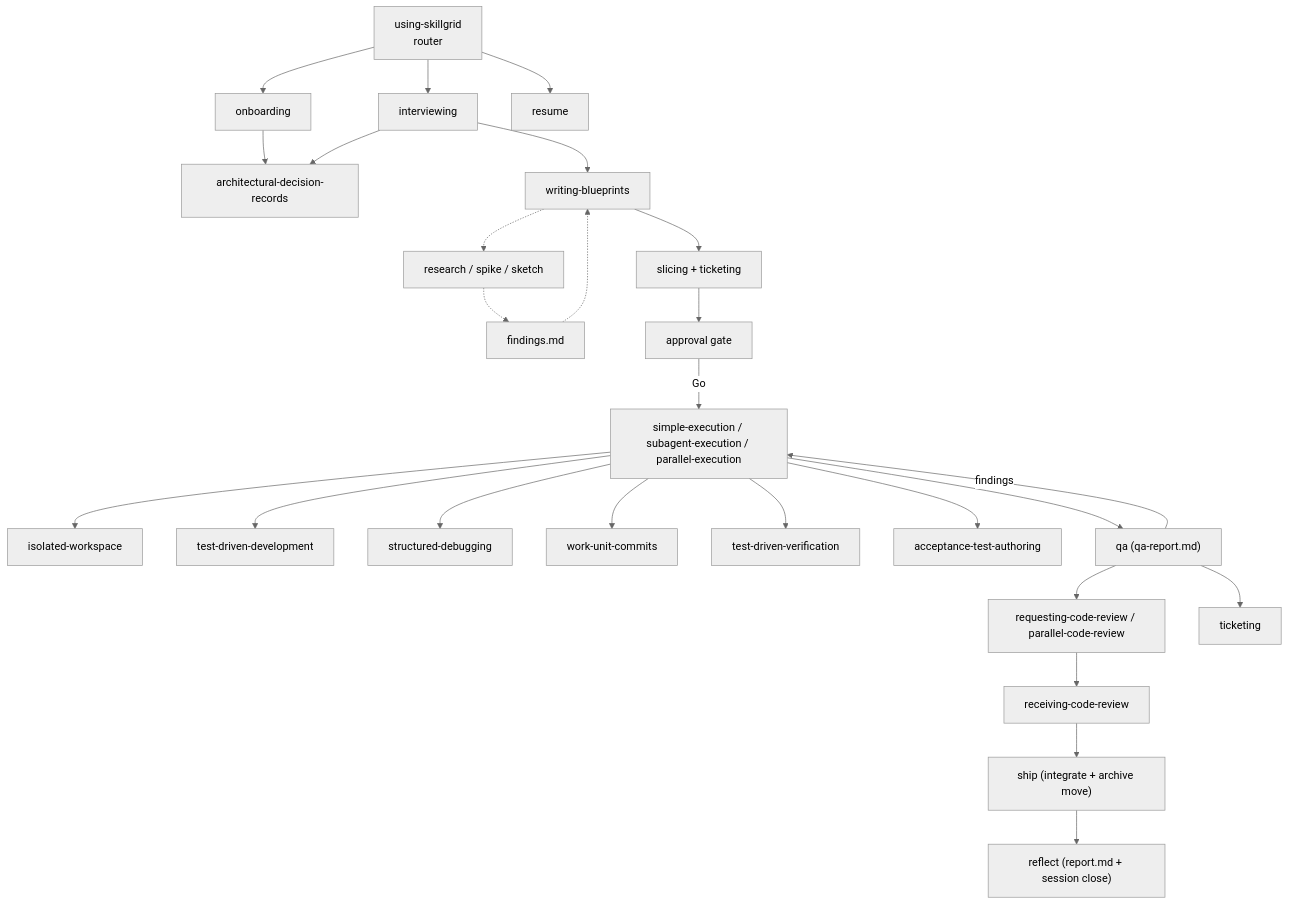
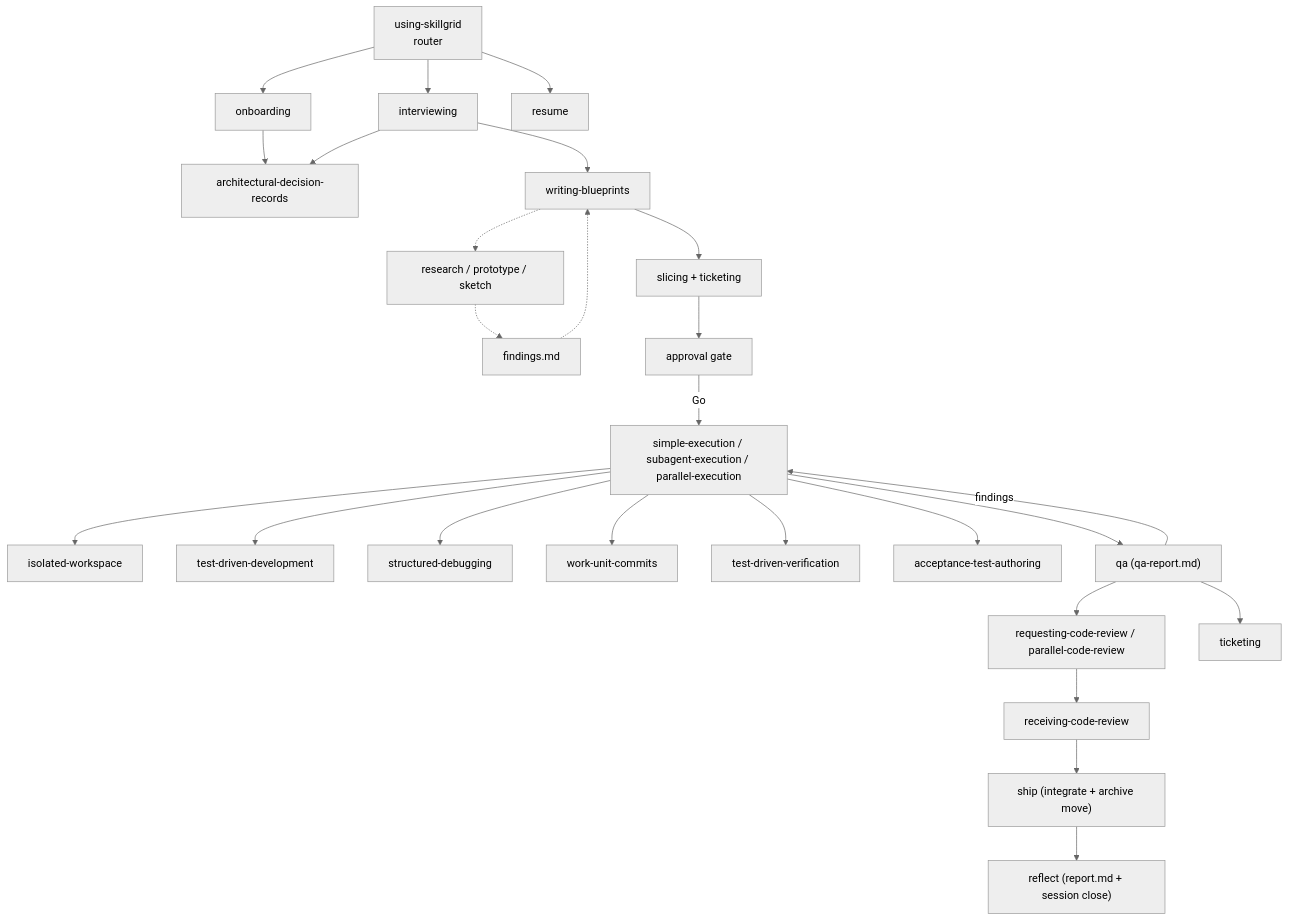
One commit to devopstales/skillgrid changed the diagram in docs/user-guide/03-workflow-usage.md. Above: the diagram before and after it, drawn with Mermaid (neutral theme). The commit also changed other lines of this file and 154 other files, not shown here.

First line of the commit message:
chore(repo): rename spike to prototype and prune retired surfaces

````diff
--- a/docs/user-guide/03-workflow-usage.md
+++ b/docs/user-guide/03-workflow-usage.md
@@ -46,34 +46,34 @@
 ```mermaid
 flowchart TD
     entry["using-skillgrid<br/>router"] --> onboard["onboarding"]
     entry --> interview["interviewing"]
     entry --> resume["resume"]
 
     onboard --> adr["architectural-decision-records"]
 
     interview --> adr
     interview --> blueprint["writing-blueprints"]
 
-    blueprint -.-> research["research / spike / sketch"]
+    blueprint -.-> research["research / prototype / sketch"]
     research -.-> findings["findings.md"]
     findings -.-> blueprint
 
     blueprint --> slicing["slicing + ticketing"]
     slicing --> gate["approval gate"]
 
     gate -->|Go| apply["simple-execution / subagent-execution / parallel-execution"]
     apply --> isolated["isolated-workspace"]
     apply --> tdd["test-driven-development"]
     apply --> debug["structured-debugging"]
     apply --> workunits["work-unit-commits"]
     apply --> tddverif["test-driven-verification"]
     apply --> accept["acceptance-test-authoring"]
 
     apply --> qa["qa (qa-report.md)"]
     qa --> reqreview["requesting-code-review / parallel-code-review"]
     reqreview --> reception["receiving-code-review"]
     reception --> ship["ship (integrate + archive move)"]
     ship --> reflect["reflect (report.md + session close)"]
     qa -->|findings| apply
     qa --> ticket["ticketing"]
 ```
````
